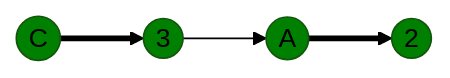
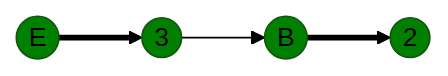
Before and after one commit to algos-ris-24-3/manual-tasks: the sixth of 7 diagrams in Задание 8/girls.md, drawn with Mermaid (forest theme). The commit also changed other lines of this file, not shown here.

````diff
--- a/Задание 8/girls.md
+++ b/Задание 8/girls.md
@@ -195,14 +195,14 @@
 ```mermaid
 graph LR
-    B((A))
-    E((C))
+    B((B))
+    E((E))
     2((2))
     3((3))
 
     E ==> 3 --> B ==> 2
     
     style B fill:#008000
     style E fill:#008000
     style 2 fill:#008000
     style 3 fill:#008000
 ```
````
